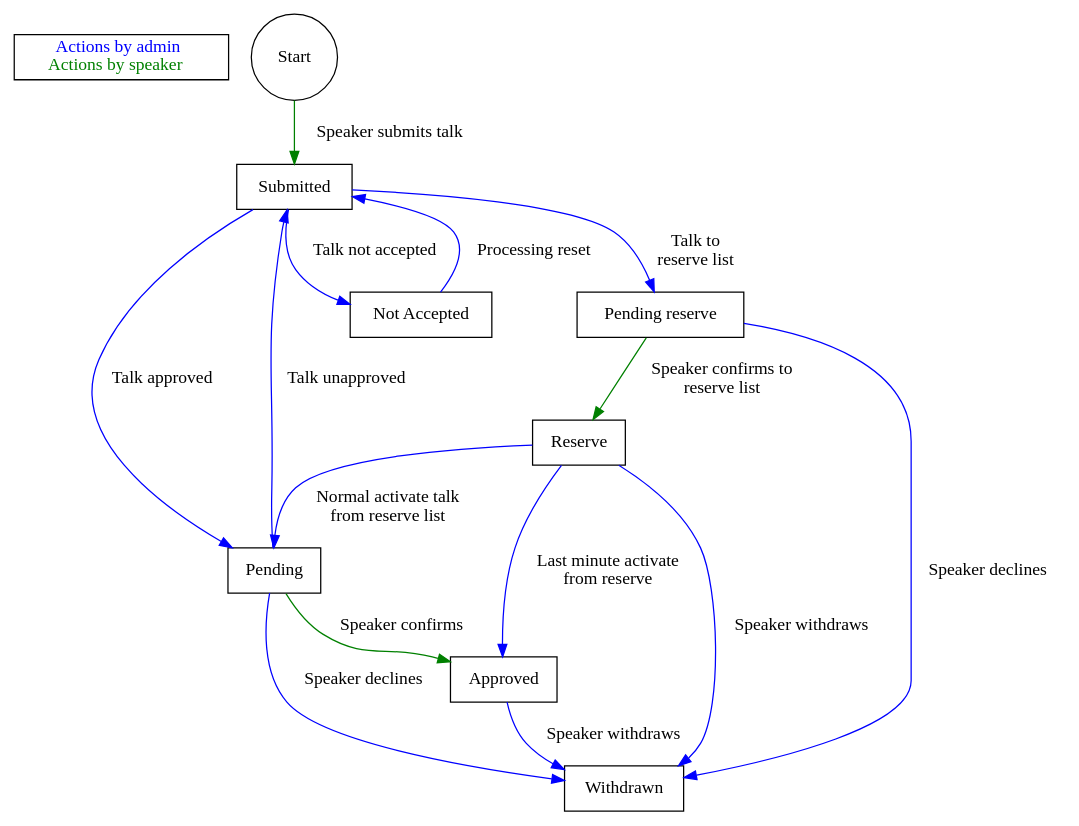
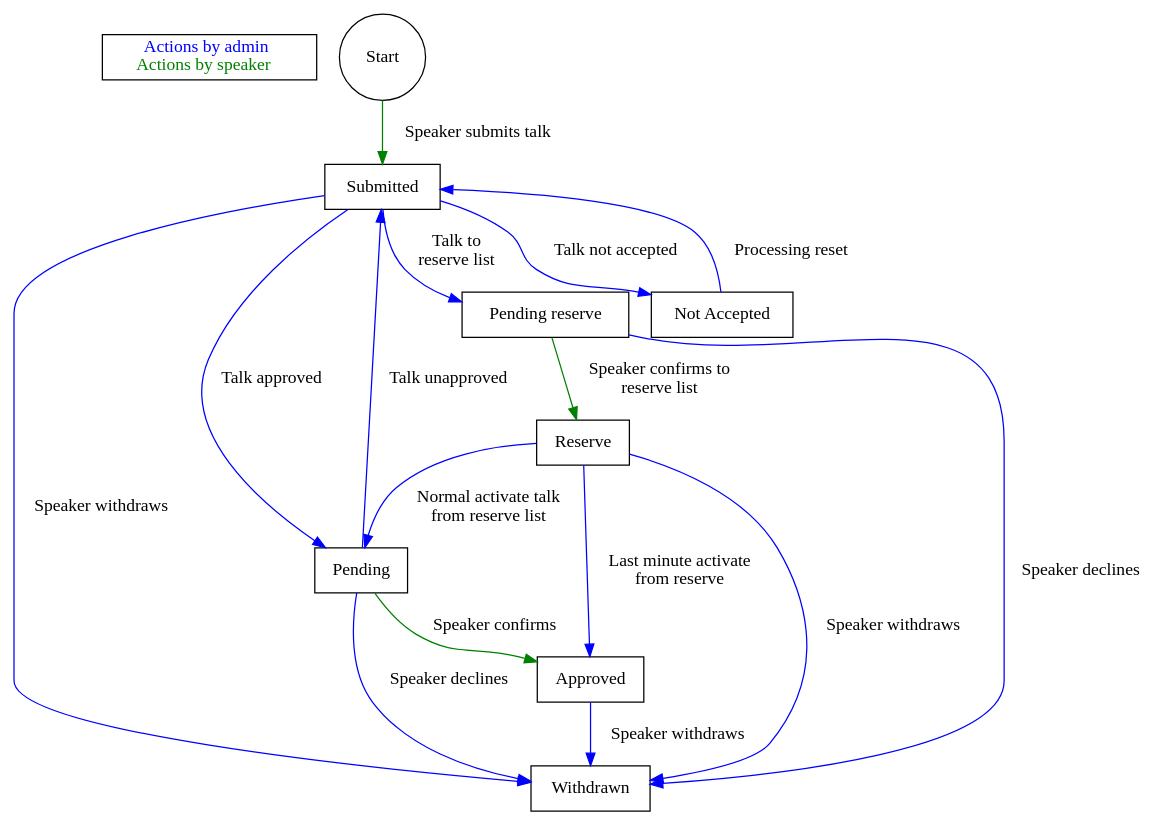
One commit to pgeu/pgeu-system changed the diagram in docs/confreg/graphs/talk_states.dot. Above: the diagram before and after it, drawn with Graphviz. The commit also changed 2 other files, not shown here.

Commit message:
Allow talks to transition from "Submitted" to "Speaker withdraws"
Sometimes a speaker withdraws before the cfp voting is finished, and if
this happens it's incorrect to set it to Not accepted. Thus, allow this
new state transition.

```diff
--- a/docs/confreg/graphs/talk_states.dot
+++ b/docs/confreg/graphs/talk_states.dot
@@ -1,33 +1,34 @@
 digraph talkstates {
 	subgraph legend {
 		key[shape=box, label=<
 		    <font color="blue">Actions by admin</font><br/>
 		    <font color="green">Actions by speaker</font><br/>
 		>, labeljust="l"]
 	}
 
 	start[shape=circle label=Start];
 
 	submitted[shape=box label=Submitted];
 	pending[shape=box label=Pending];
 	approved[shape=box label=Approved];
 	reserve[shape=box label=Reserve];
 	pendingreserve[shape=box label="Pending reserve"];
 	notaccepted[shape=box label="Not Accepted"];
 	withdrawn[shape=box label="Withdrawn"];
 
 	start -> submitted [label = "Speaker submits talk", color=green];
 	submitted -> pending [label = "Talk approved", color=blue]
 	submitted -> notaccepted [label = "Talk not accepted", color=blue]
 	submitted -> pendingreserve [label = "Talk to\nreserve list", color=blue]
+	submitted -> withdrawn[label = "Speaker withdraws", color=blue]
 	approved -> withdrawn [label = "Speaker withdraws", color=blue]
 	notaccepted -> submitted [label = "Processing reset", color=blue]
 	pending -> approved [label = "Speaker confirms", color=green]
 	pending -> withdrawn [label = "Speaker declines", color=blue]
 	pending -> submitted [label = "Talk unapproved", color=blue]
 	reserve -> pending [label = "Normal activate talk\n from reserve list", color=blue]
 	reserve -> approved [label = "Last minute activate\nfrom reserve", color=blue]
 	reserve -> withdrawn [label = "Speaker withdraws", color=blue]
 	pendingreserve -> reserve [label = "Speaker confirms to\nreserve list", color=green]
 	pendingreserve -> withdrawn [label = "Speaker declines", color=blue]
 }
```
